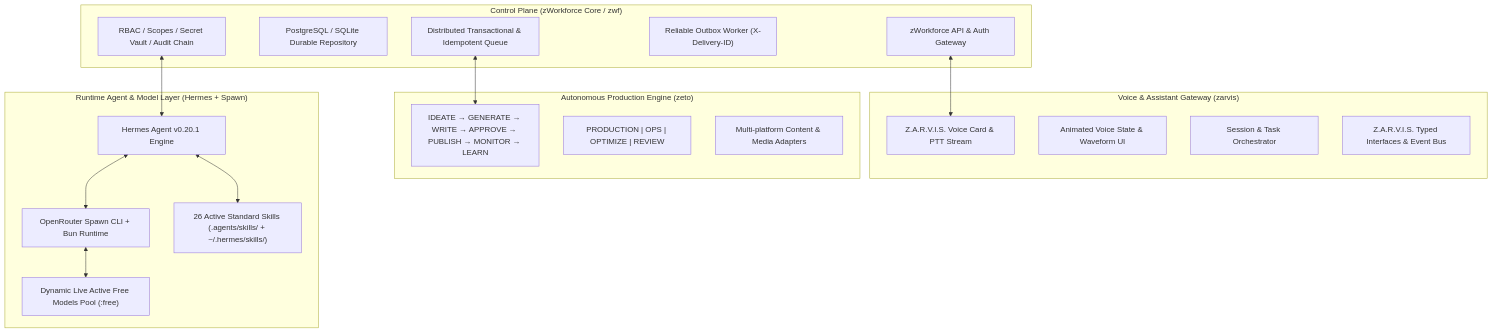
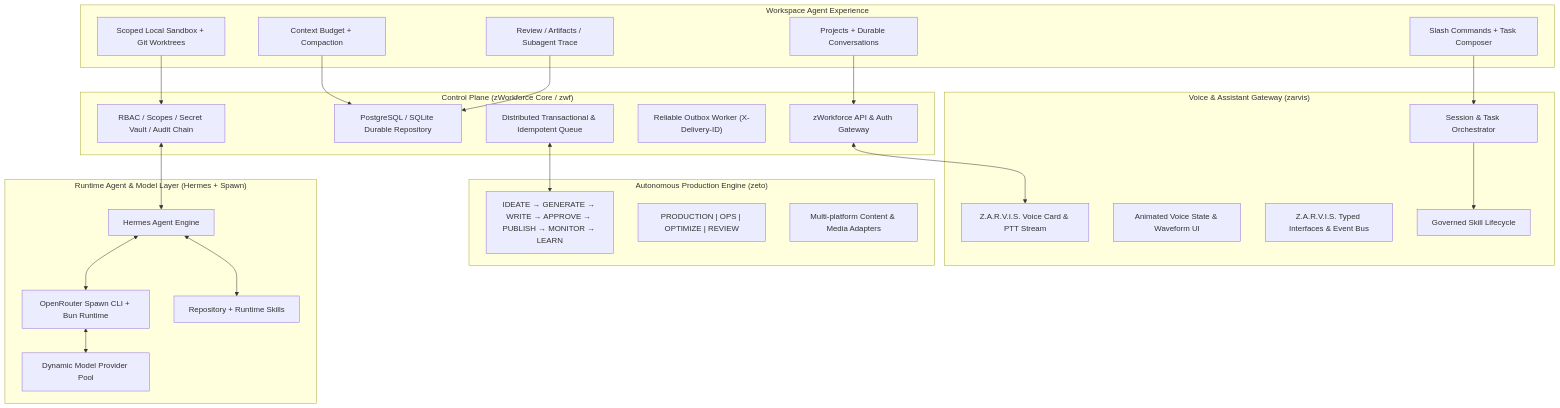
One commit to cvsz/zWorkforce changed the diagram in planning/exec-planning.master.md. Above: the diagram before and after it, drawn with Mermaid. The commit also changed other lines of this file, not shown here.

Commit message:
docs: integrate workspace-agent upgrade into master plan

````diff
--- a/planning/exec-planning.master.md
+++ b/planning/exec-planning.master.md
@@ -13,37 +13,52 @@
 ```mermaid
 graph TD
     subgraph "Control Plane (zWorkforce Core / zwf)"
         ZWF_API["zWorkforce API & Auth Gateway"]
         ZWF_DB["PostgreSQL / SQLite Durable Repository"]
         ZWF_QUEUE["Distributed Transactional & Idempotent Queue"]
         ZWF_OUTBOX["Reliable Outbox Worker (X-Delivery-ID)"]
         ZWF_POLICY["RBAC / Scopes / Secret Vault / Audit Chain"]
     end
 
+    subgraph "Workspace Agent Experience"
+        PROJECTS["Projects + Durable Conversations"]
+        CONTEXT["Context Budget + Compaction"]
+        SIDECAR["Review / Artifacts / Subagent Trace"]
+        SANDBOX["Scoped Local Sandbox + Git Worktrees"]
+        COMMANDS["Slash Commands + Task Composer"]
+    end
+
     subgraph "Voice & Assistant Gateway (zarvis)"
         ZARVIS_VOICE["Z.A.R.V.I.S. Voice Card & PTT Stream"]
         ZARVIS_ORB["Animated Voice State & Waveform UI"]
         ZARVIS_ORCH["Session & Task Orchestrator"]
         ZARVIS_CONTRACTS["Z.A.R.V.I.S. Typed Interfaces & Event Bus"]
+        ZARVIS_SKILLS["Governed Skill Lifecycle"]
     end
 
     subgraph "Autonomous Production Engine (zeto)"
         ZETO_CYCLE["IDEATE → GENERATE → WRITE → APPROVE → PUBLISH → MONITOR → LEARN"]
         ZETO_MODES["PRODUCTION | OPS | OPTIMIZE | REVIEW"]
         ZETO_MEDIA["Multi-platform Content & Media Adapters"]
     end
 
     subgraph "Runtime Agent & Model Layer (Hermes + Spawn)"
-        HERMES["Hermes Agent v0.20.1 Engine"]
+        HERMES["Hermes Agent Engine"]
         SPAWN["OpenRouter Spawn CLI + Bun Runtime"]
-        SKILLS["26 Active Standard Skills (.agents/skills/ + ~/.hermes/skills/)"]
-        MODELS["Dynamic Live Active Free Models Pool (:free)"]
+        SKILLS["Repository + Runtime Skills"]
+        MODELS["Dynamic Model Provider Pool"]
     end
 
+    PROJECTS --> ZWF_API
+    CONTEXT --> ZWF_DB
+    SIDECAR --> ZWF_DB
+    SANDBOX --> ZWF_POLICY
+    COMMANDS --> ZARVIS_ORCH
     ZWF_API <--> ZARVIS_VOICE
+    ZARVIS_ORCH --> ZARVIS_SKILLS
     ZWF_QUEUE <--> ZETO_CYCLE
     ZWF_POLICY <--> HERMES
     HERMES <--> SKILLS
     HERMES <--> SPAWN
     SPAWN <--> MODELS
 ```
````
